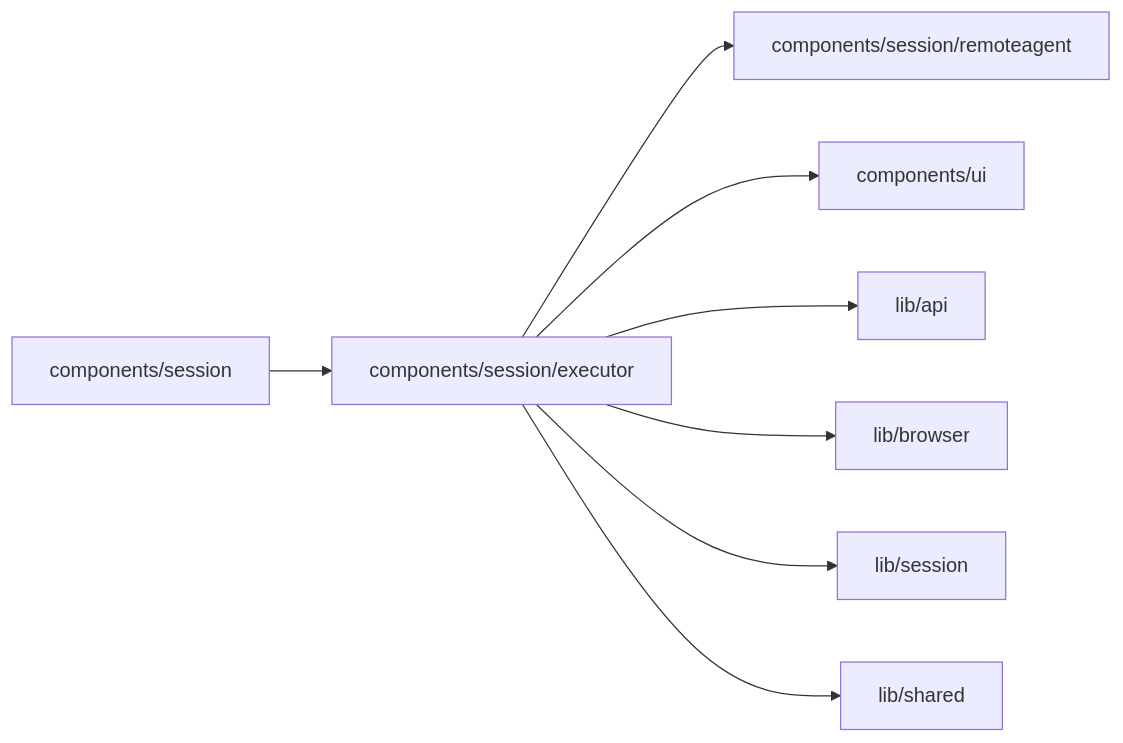
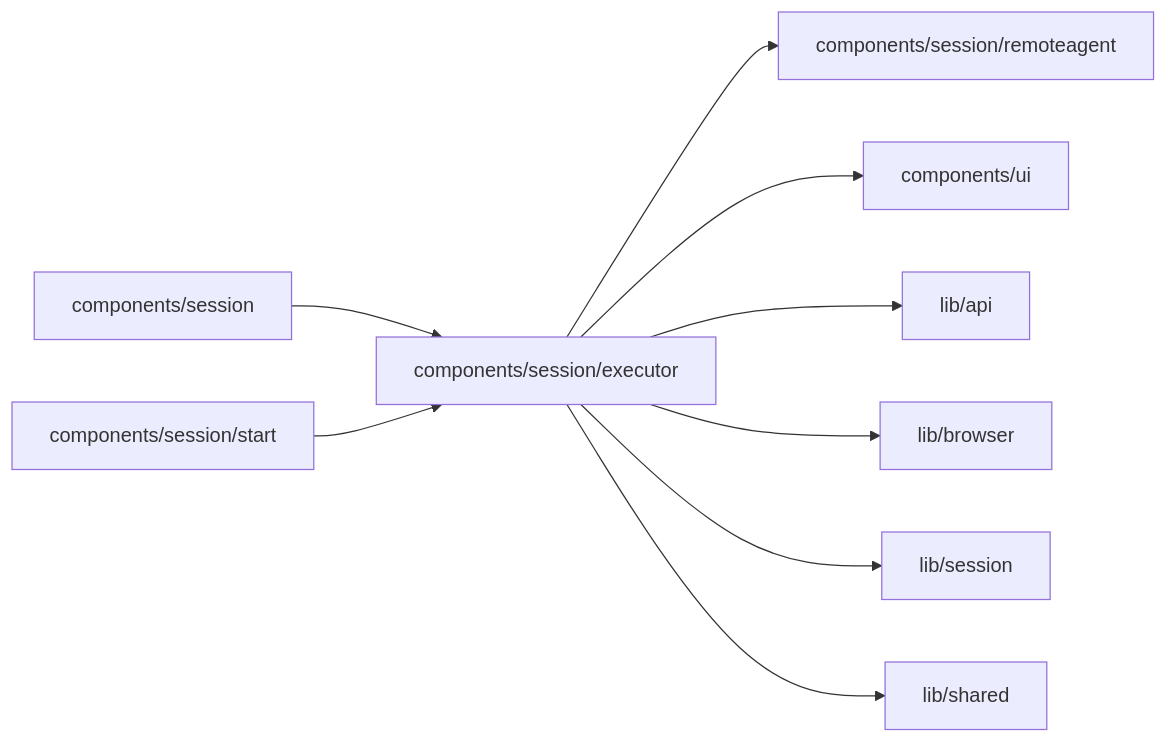
One commit to superdurable/superverse changed the diagram in web/studio/components/session/executor/README.md. Above: the diagram before and after it, drawn with Mermaid. The commit also changed other lines of this file and 31 other files, not shown here.

````diff
--- a/web/studio/components/session/executor/README.md
+++ b/web/studio/components/session/executor/README.md
@@ -10,11 +10,12 @@
 ```mermaid
 flowchart LR
   self["components/session/executor"]
   c0["components/session"] --> self
+  c1["components/session/start"] --> self
   self --> d0["components/session/remoteagent"]
   self --> d1["components/ui"]
   self --> d2["lib/api"]
   self --> d3["lib/browser"]
   self --> d4["lib/session"]
   self --> d5["lib/shared"]
 ```
````
